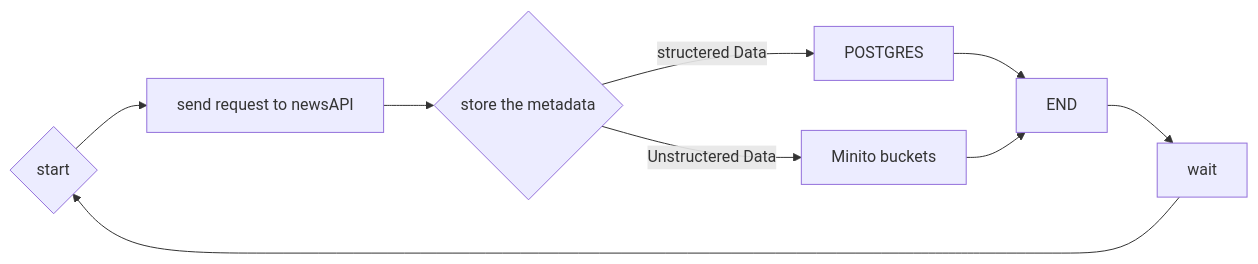
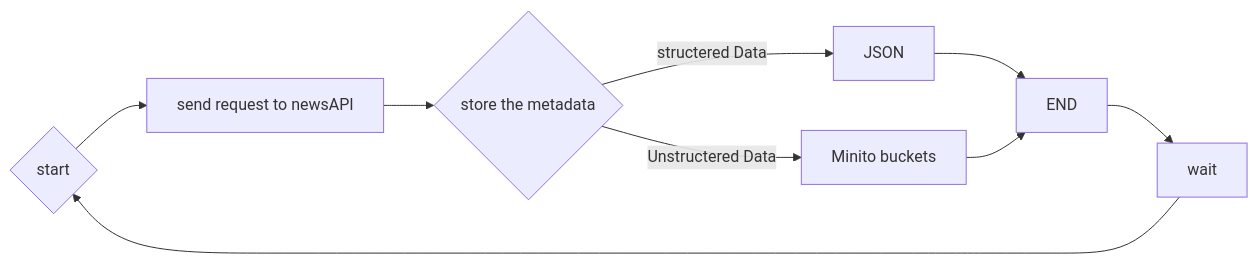
One commit to Hamza-Bouali/MLOPS-PROJECT changed the second of 2 diagrams in README.md. Above: the diagram before and after it, drawn with Mermaid.

````diff
--- a/README.md
+++ b/README.md
@@ -25,9 +25,9 @@
 ```mermaid
      graph LR
         A{start} --> B[send request to newsAPI]
         B --> C{store the metadata} 
-        C--> |structered Data|X[POSTGRES ] -->F[END]
+        C--> |structered Data|X[JSON] -->F[END]
         C-->|Unstructered Data|D[Minito buckets]-->F
         W[wait]-->A
         F-->W
 ```
````
